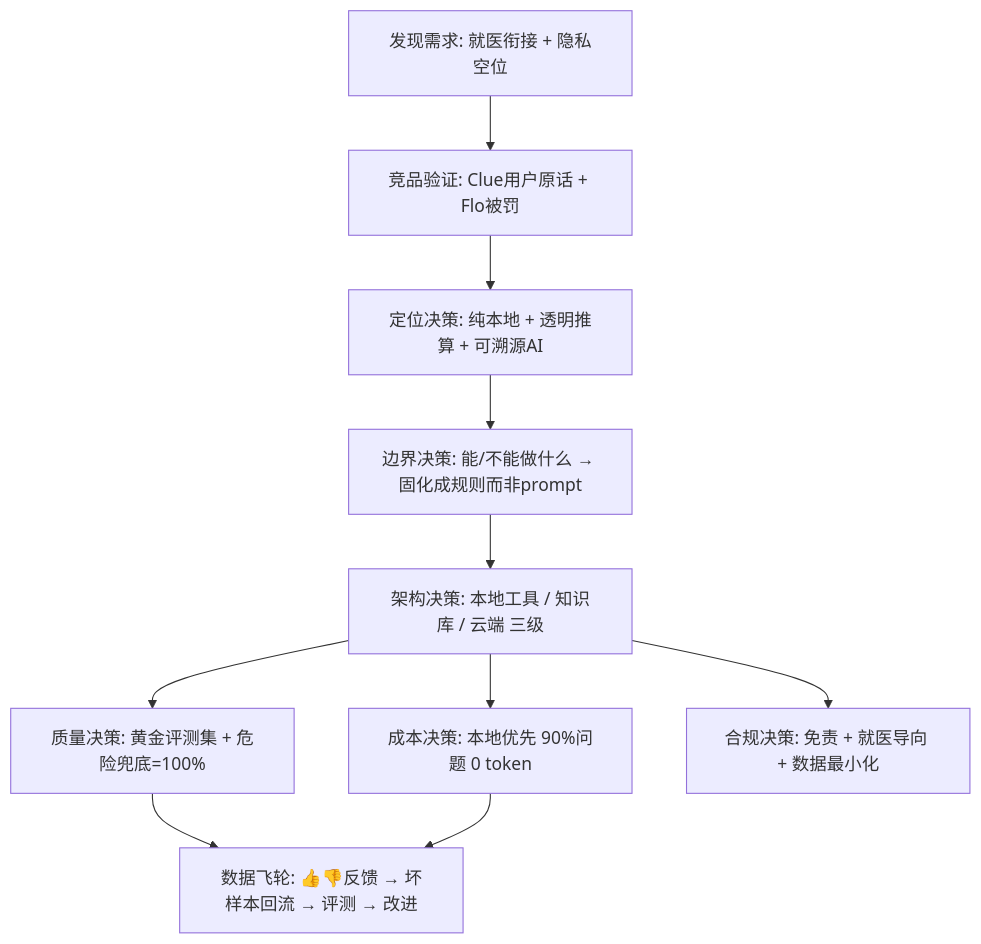
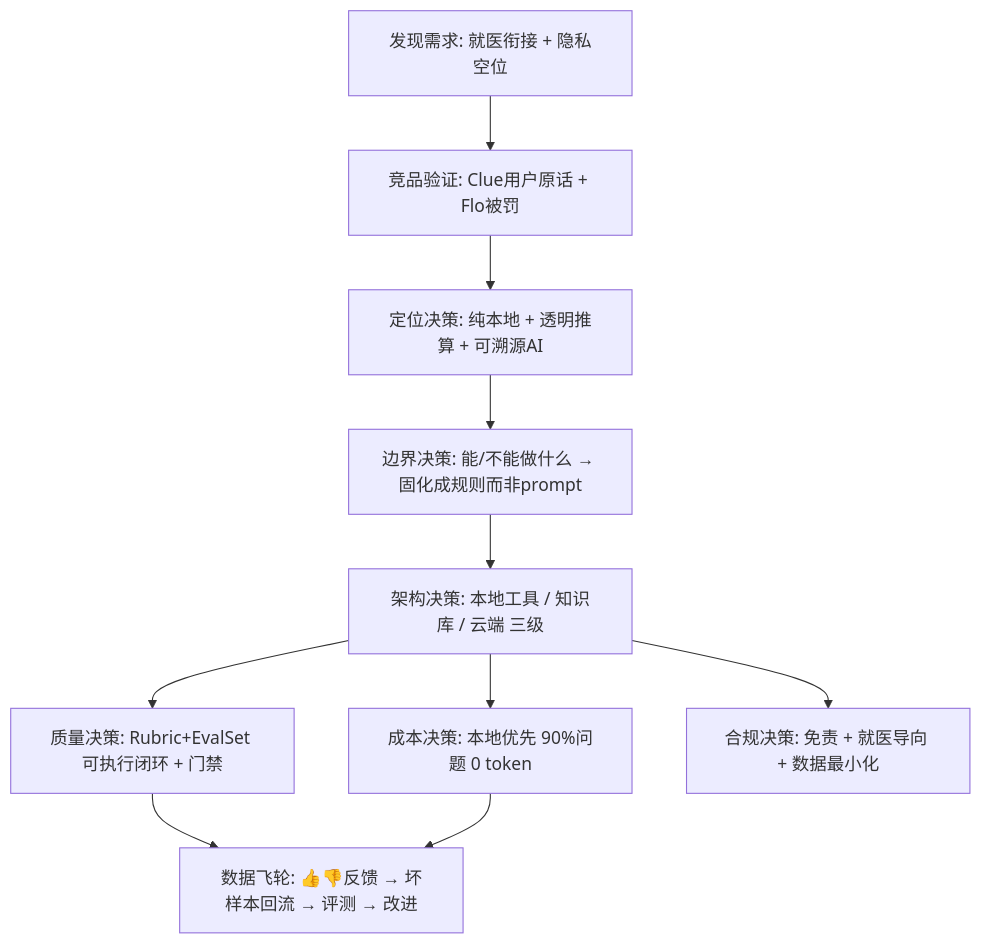
The diagram in Luna项目讲述框架.md (a3114029848-png/luna-app), drawn with Mermaid before and after one commit. The commit also changed other lines of this file and 475 other files, not shown here.

````diff
--- a/Luna项目讲述框架.md
+++ b/Luna项目讲述框架.md
@@ -20,12 +20,12 @@
 ```mermaid
 flowchart TD
     A[发现需求: 就医衔接 + 隐私空位] --> B[竞品验证: Clue用户原话 + Flo被罚]
     B --> C[定位决策: 纯本地 + 透明推算 + 可溯源AI]
     C --> D[边界决策: 能/不能做什么 → 固化成规则而非prompt]
     D --> E[架构决策: 本地工具 / 知识库 / 云端 三级]
-    E --> F[质量决策: 黄金评测集 + 危险兜底=100%]
+    E --> F[质量决策: Rubric+EvalSet 可执行闭环 + 门禁]
     E --> G[成本决策: 本地优先 90%问题 0 token]
     E --> H[合规决策: 免责 + 就医导向 + 数据最小化]
     F --> I[数据飞轮: 👍👎反馈 → 坏样本回流 → 评测 → 改进]
     G --> I
 ```
````
